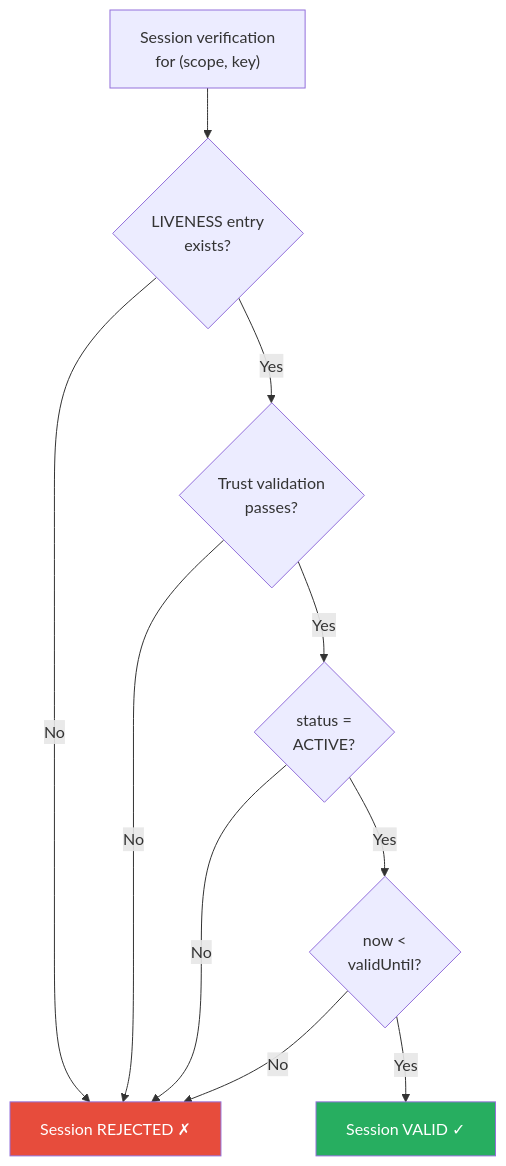
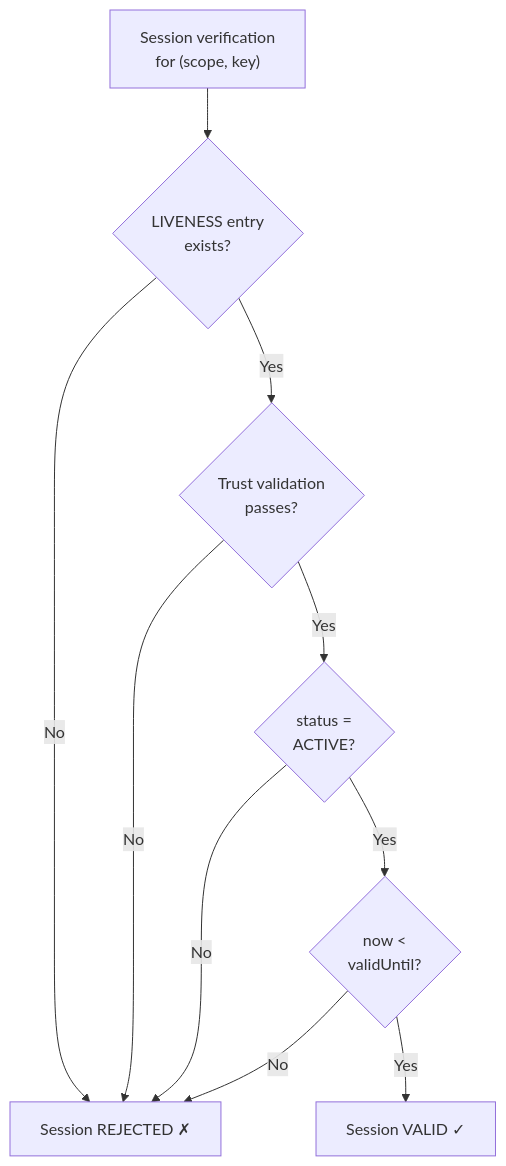
One commit to cyfko/veridot changed the first of 3 diagrams in docs/docs/protocol/v4/liveness.md. Above: the diagram before and after it, drawn with Mermaid. The commit also changed other lines of this file and 25 other files, not shown here.

First line of the commit message:
style: remove colorful fill styles from Mermaid diagrams

````diff
--- a/docs/docs/protocol/v4/liveness.md
+++ b/docs/docs/protocol/v4/liveness.md
@@ -66,17 +66,15 @@
 ```mermaid
 flowchart TD
     START["Session verification\nfor (scope, key)"] --> C1{"LIVENESS entry\nexists?"}
     C1 -->|No| REJECT
     C1 -->|Yes| C2{"Trust validation\npasses?"}
     C2 -->|No| REJECT
     C2 -->|Yes| C3{"status =\nACTIVE?"}
     C3 -->|No| REJECT
     C3 -->|Yes| C4{"now <\nvalidUntil?"}
     C4 -->|No| REJECT
     C4 -->|Yes| VALID["Session VALID ✓"]
 
     REJECT["Session REJECTED ✗"]
 
-    style VALID fill:#27ae60,color:#fff
-    style REJECT fill:#e74c3c,color:#fff
 ```
````
